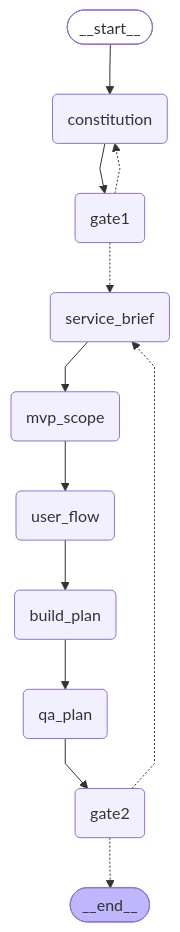
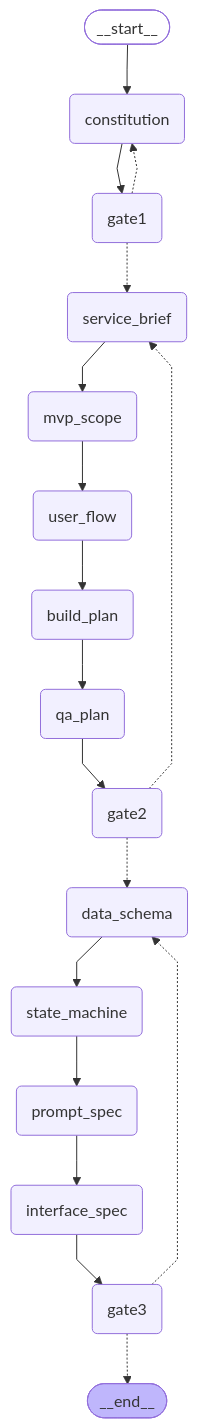
One commit to kha4720/edu_ai_team-sesac changed the diagram in docs/flow.md. Above: the diagram before and after it, drawn with Mermaid. The commit also changed other lines of this file, not shown here.

Commit message:
update:머메이드 플로우 차트 업데이트

````diff
--- a/docs/flow.md
+++ b/docs/flow.md
@@ -13,32 +13,43 @@
 ```mermaid
 ---
 config:
   flowchart:
     curve: linear
 ---
 graph TD;
-    __start__([<p>__start__</p>]):::first
-    constitution(constitution)
-    gate1(gate1)
-    service_brief(service_brief)
-    mvp_scope(mvp_scope)
-    user_flow(user_flow)
-    build_plan(build_plan)
-    qa_plan(qa_plan)
-    gate2(gate2)
-    __end__([<p>__end__</p>]):::last
-    __start__ --> constitution;
-    build_plan --> qa_plan;
-    constitution --> gate1;
-    gate1 -.-> constitution;
-    gate1 -.-> service_brief;
-    gate2 -.-> __end__;
-    gate2 -.-> service_brief;
-    mvp_scope --> user_flow;
-    qa_plan --> gate2;
-    service_brief --> mvp_scope;
-    user_flow --> build_plan;
-    classDef default fill:#f2f0ff,line-height:1.2
-    classDef first fill-opacity:0
-    classDef last fill:#bfb6fc
+	__start__([<p>__start__</p>]):::first
+	constitution(constitution)
+	gate1(gate1)
+	service_brief(service_brief)
+	mvp_scope(mvp_scope)
+	user_flow(user_flow)
+	build_plan(build_plan)
+	qa_plan(qa_plan)
+	gate2(gate2)
+	data_schema(data_schema)
+	state_machine(state_machine)
+	prompt_spec(prompt_spec)
+	interface_spec(interface_spec)
+	gate3(gate3)
+	__end__([<p>__end__</p>]):::last
+	__start__ --> constitution;
+	build_plan --> qa_plan;
+	constitution --> gate1;
+	data_schema --> state_machine;
+	gate1 -.-> constitution;
+	gate1 -.-> service_brief;
+	gate2 -.-> data_schema;
+	gate2 -.-> service_brief;
+	gate3 -.-> __end__;
+	gate3 -.-> data_schema;
+	interface_spec --> gate3;
+	mvp_scope --> user_flow;
+	prompt_spec --> interface_spec;
+	qa_plan --> gate2;
+	service_brief --> mvp_scope;
+	state_machine --> prompt_spec;
+	user_flow --> build_plan;
+	classDef default fill:#f2f0ff,line-height:1.2
+	classDef first fill-opacity:0
+	classDef last fill:#bfb6fc
 ```
````
